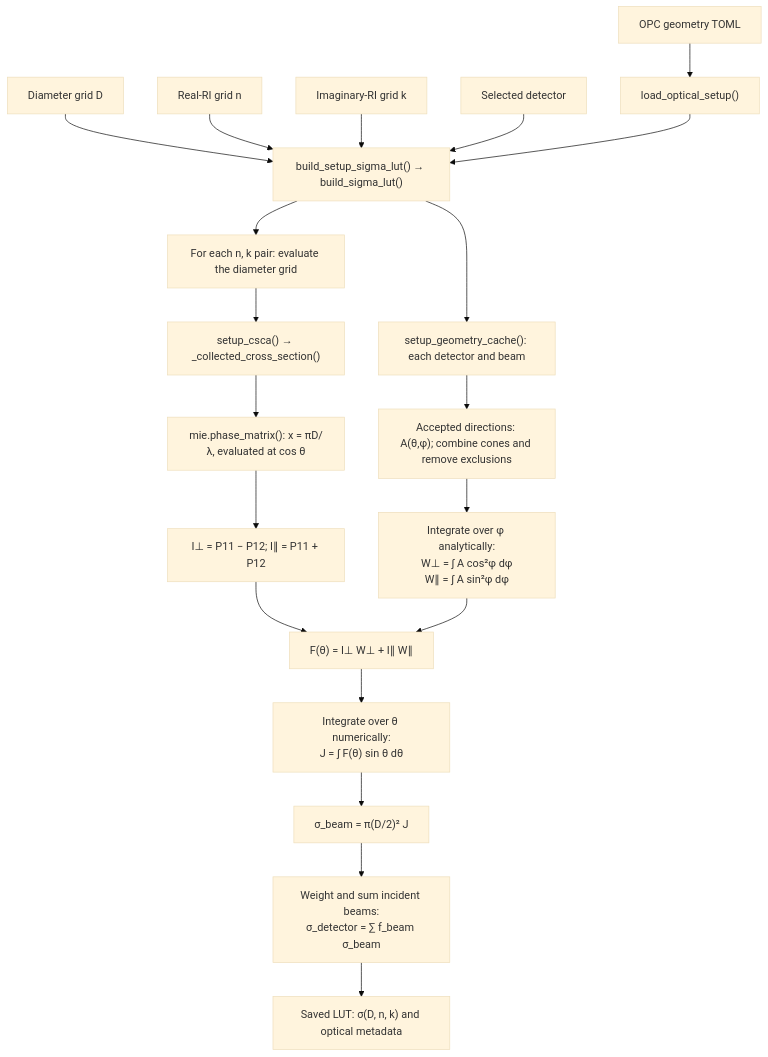
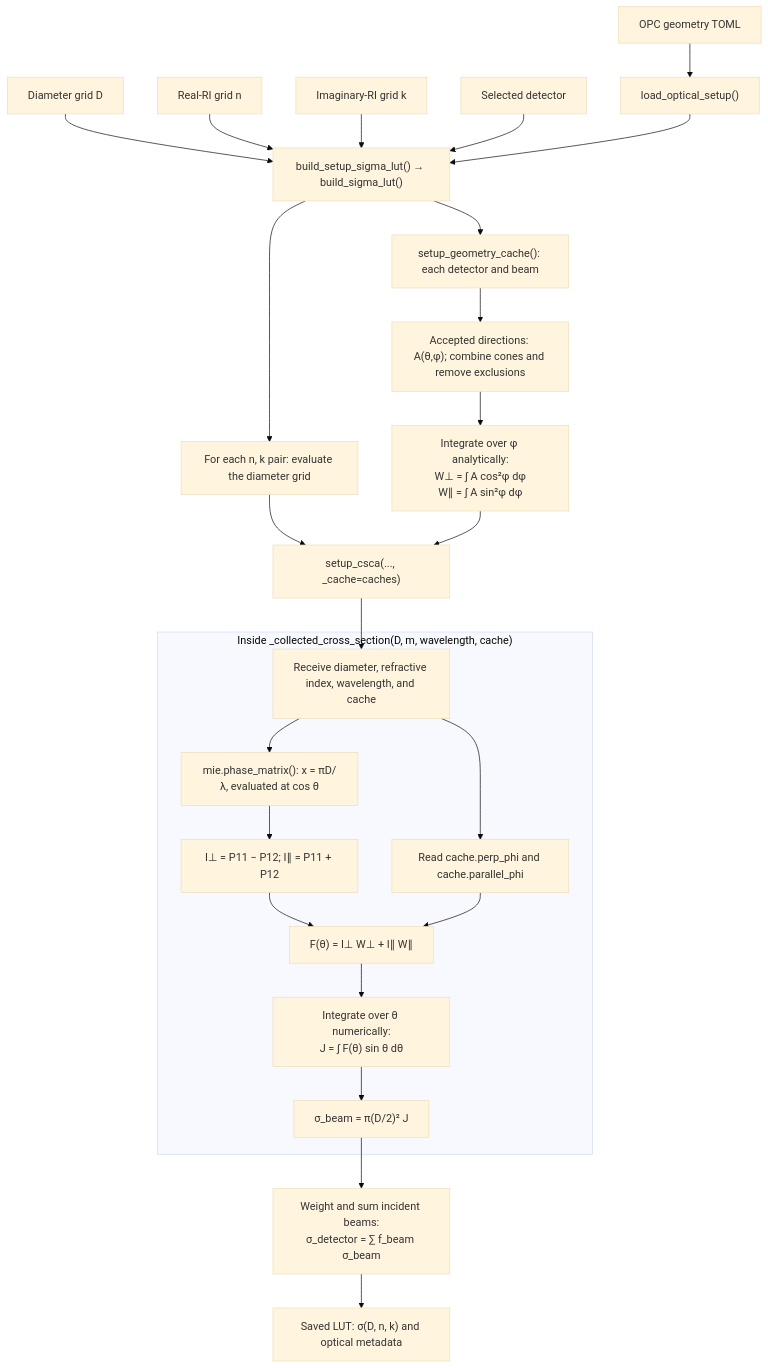
Before and after one commit to bochens/SizeDistMerge: the first of 2 diagrams in docs/figures/optical_workflow.md, drawn with Mermaid (base theme). The commit also changed other lines of this file and 2 other files, not shown here.

Commit message:
Correct cache dependency and show scattering function boundary

````diff
--- a/docs/figures/optical_workflow.md
+++ b/docs/figures/optical_workflow.md
@@ -18,22 +18,28 @@
 ```mermaid
 flowchart TD
     T["OPC geometry TOML"] --> L["load_optical_setup()"]
     D["Diameter grid D"] --> B["build_setup_sigma_lut() → build_sigma_lut()"]
     N["Real-RI grid n"] --> B
     K["Imaginary-RI grid k"] --> B
     C["Selected detector"] --> B
     L --> B
     B --> W["setup_geometry_cache(): each detector and beam"]
     W --> MASK["Accepted directions: A(θ,φ); combine cones and remove exclusions"]
     MASK --> PHI["Integrate over φ analytically:<br/>W⊥ = ∫ A cos²φ dφ<br/>W∥ = ∫ A sin²φ dφ"]
     B --> P["For each n, k pair: evaluate the diameter grid"]
-    P --> I["setup_csca() → _collected_cross_section()"]
-    I --> M["mie.phase_matrix(): x = πD/λ, evaluated at cos θ"]
+    P --> I["setup_csca(..., _cache=caches)"]
+    PHI --> I
+    I --> ENTRY
+    subgraph PARTICLE["Inside _collected_cross_section(D, m, wavelength, cache)"]
+    ENTRY["Receive diameter, refractive index, wavelength, and cache"]
+    ENTRY --> M["mie.phase_matrix(): x = πD/λ, evaluated at cos θ"]
     M --> INT["I⊥ = P11 − P12; I∥ = P11 + P12"]
     INT --> F["F(θ) = I⊥ W⊥ + I∥ W∥"]
-    PHI --> F
+    ENTRY --> CW["Read cache.perp_phi and cache.parallel_phi"]
+    CW --> F
     F --> THETA["Integrate over θ numerically:<br/>J = ∫ F(θ) sin θ dθ"]
     THETA --> AREA["σ_beam = π(D/2)² J"]
+    end
     AREA --> SUM["Weight and sum incident beams:<br/>σ_detector = ∑ f_beam σ_beam"]
     SUM --> Z["Saved LUT: σ(D, n, k) and optical metadata"]
 ```
````
